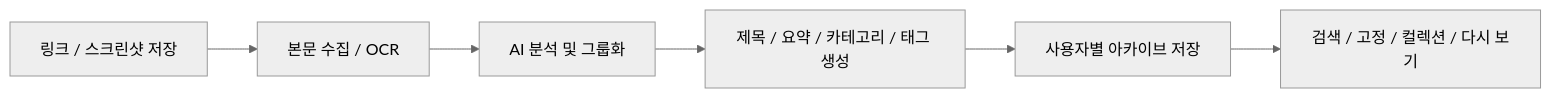
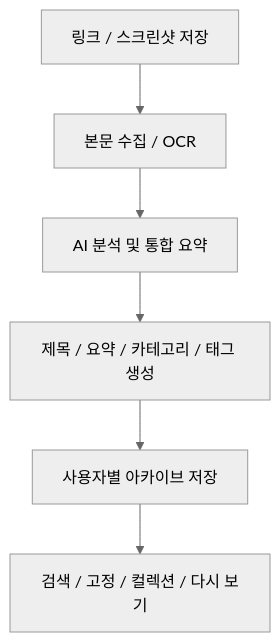
Before and after one commit to edd1e-kim/DKU-2026-REMIND: the first of 2 diagrams in README.md, drawn with Mermaid (neutral theme). The commit also changed other lines of this file, not shown here.

````diff
--- a/README.md
+++ b/README.md
@@ -34,8 +34,8 @@
 ```mermaid
-flowchart LR
+flowchart TB
     A[링크 / 스크린샷 저장] --> B[본문 수집 / OCR]
-    B --> C[AI 분석 및 그룹화]
+    B --> C[AI 분석 및 통합 요약]
     C --> D[제목 / 요약 / 카테고리 / 태그 생성]
     D --> E[사용자별 아카이브 저장]
     E --> F[검색 / 고정 / 컬렉션 / 다시 보기]
 ```
````
